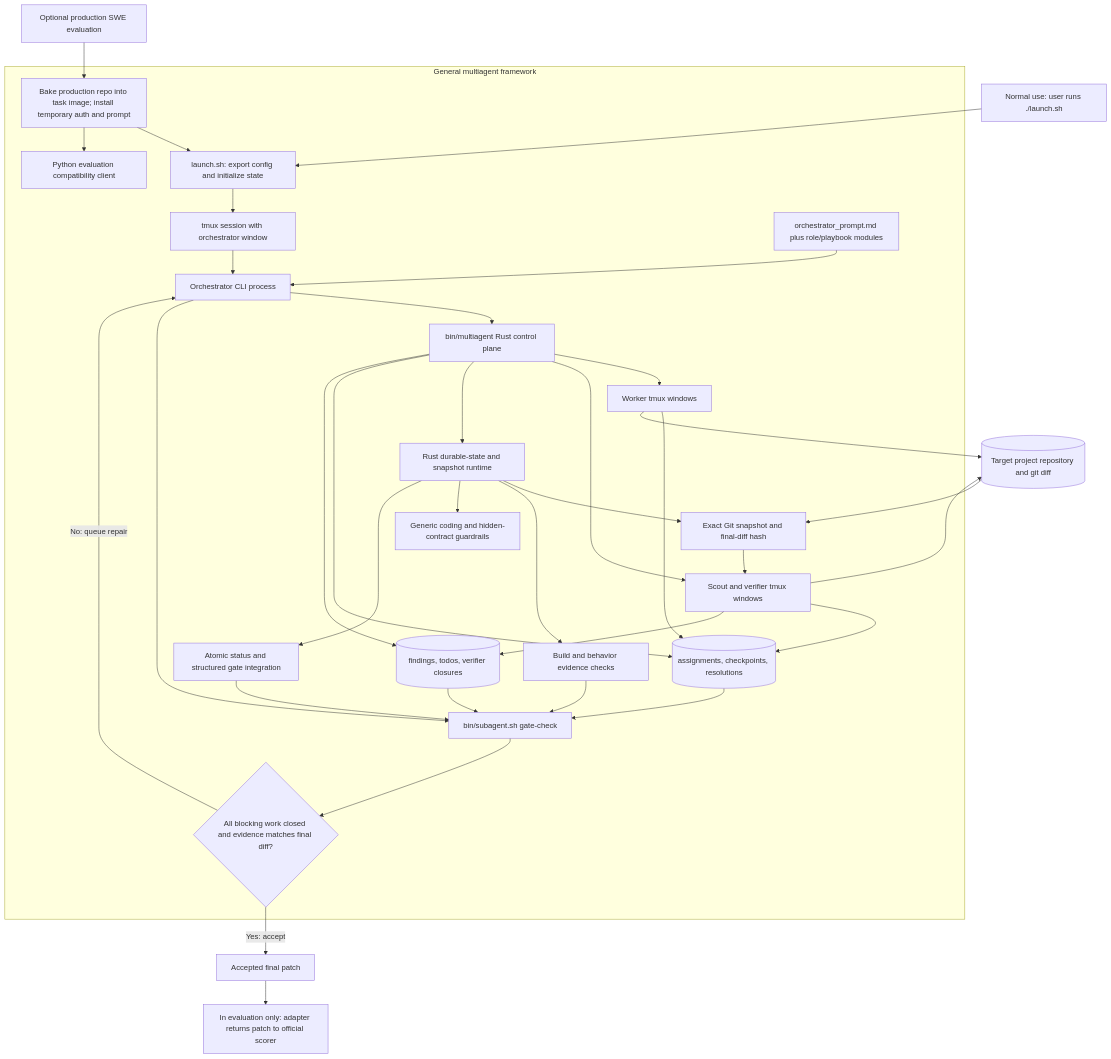
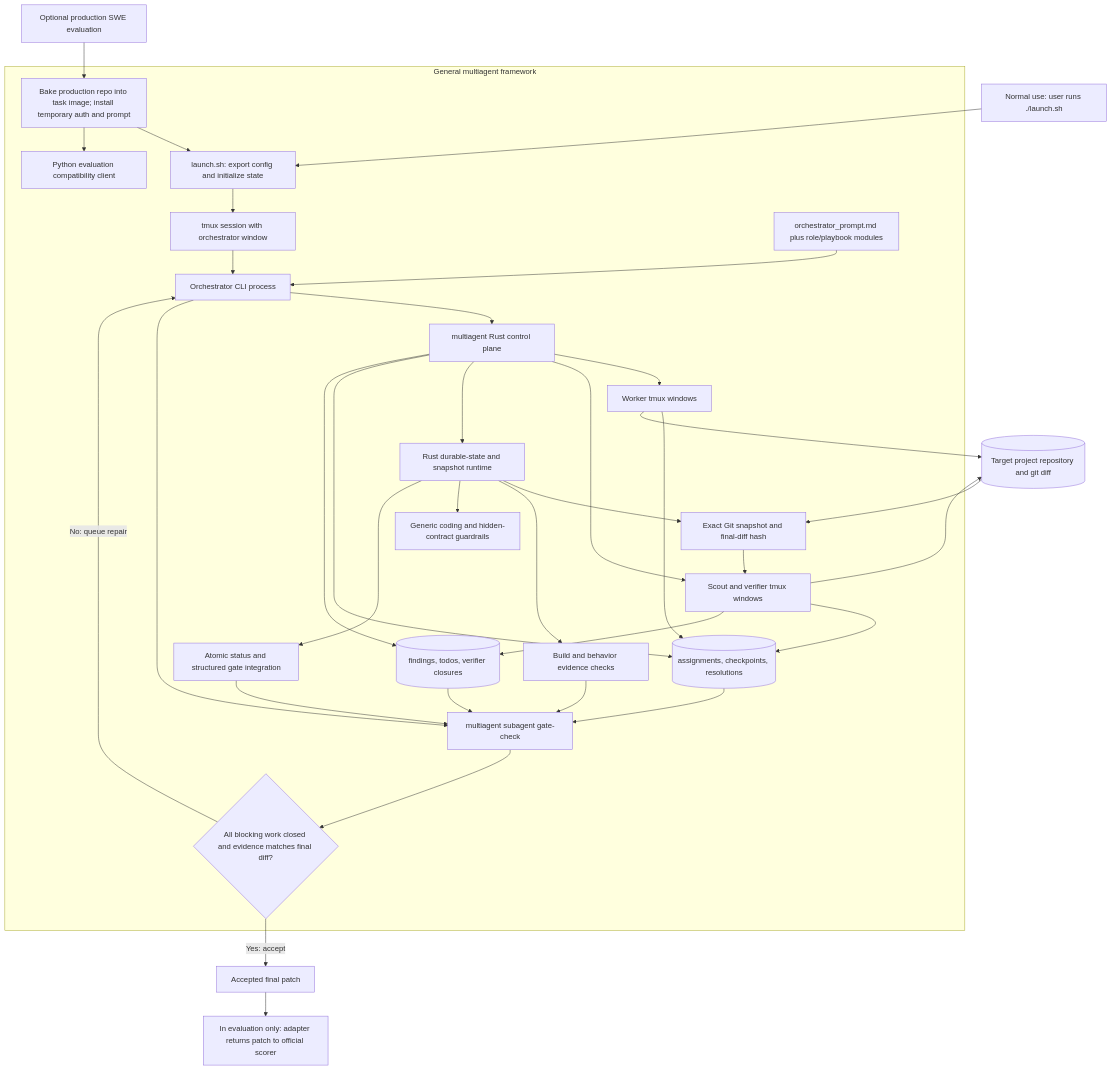
One commit to areshand/multiagent changed the diagram in docs/getting-started.md. Above: the diagram before and after it, drawn with Mermaid. The commit also changed other lines of this file and 55 other files, not shown here.

````diff
--- a/docs/getting-started.md
+++ b/docs/getting-started.md
@@ -94,43 +94,43 @@
 ```mermaid
 flowchart TD
     User["Normal use: user runs ./launch.sh"] --> Launch
     Eval["Optional production SWE evaluation"] --> Adapter["Bake production repo into task image; install temporary auth and prompt"]
     Adapter --> Launch
 
     subgraph Framework["General multiagent framework"]
         Launch["launch.sh: export config and initialize state"] --> Tmux["tmux session with orchestrator window"]
         Prompts["orchestrator_prompt.md plus role/playbook modules"] --> Orchestrator["Orchestrator CLI process"]
         Tmux --> Orchestrator
-        Orchestrator --> Helper["bin/multiagent Rust control plane"]
+        Orchestrator --> Helper["multiagent Rust control plane"]
 
         Helper --> Worker["Worker tmux windows"]
         Helper --> Verifier["Scout and verifier tmux windows"]
         Helper --> Runtime["Rust durable-state and snapshot runtime"]
         Runtime --> Snapshot["Exact Git snapshot and final-diff hash"]
         Runtime --> Evidence["Build and behavior evidence checks"]
         Runtime --> Guardrails["Generic coding and hidden-contract guardrails"]
         Runtime --> Status["Atomic status and structured gate integration"]
         Adapter --> Python["Python evaluation compatibility client"]
 
         Worker --> Durable[("assignments, checkpoints, resolutions")]
         Verifier --> Durable
         Verifier --> Findings[("findings, todos, verifier closures")]
         Helper --> Durable
         Helper --> Findings
         Snapshot --> Verifier
 
-        Orchestrator --> Gate["bin/subagent.sh gate-check"]
+        Orchestrator --> Gate["multiagent subagent gate-check"]
         Durable --> Gate
         Findings --> Gate
         Evidence --> Gate
         Status --> Gate
         Gate --> Decision{"All blocking work closed and evidence matches final diff?"}
         Decision -- "No: queue repair" --> Orchestrator
     end
 
     Worker --> Repo[("Target project repository and git diff")]
     Verifier --> Repo
     Repo --> Snapshot
     Decision -- "Yes: accept" --> Result["Accepted final patch"]
     Result --> AdapterResult["In evaluation only: adapter returns patch to official scorer"]
 ```
````
